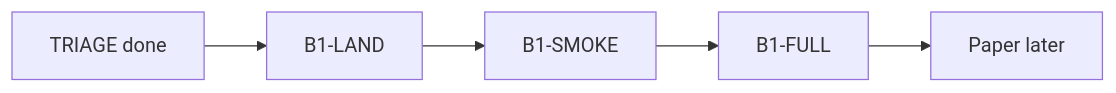
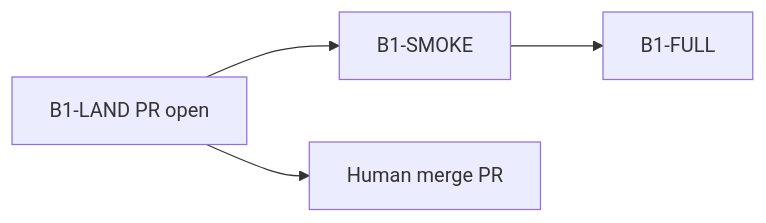
Before and after one commit to maraxen/prolix: the diagram in .praxia/docs/audits/260710_xtrax-rewire_next_steps.md, drawn with Mermaid. The commit also changed other lines of this file and 2 other files, not shown here.

First line of the commit message:
docs(praxia): B1-LAND complete — PR #2 opened

````diff
--- a/.praxia/docs/audits/260710_xtrax-rewire_next_steps.md
+++ b/.praxia/docs/audits/260710_xtrax-rewire_next_steps.md
@@ -22,12 +20,10 @@
 ```mermaid
 flowchart LR
-  triageDone[TRIAGE done]
-  land[B1-LAND]
+  landDone[B1-LAND PR open]
   smoke[B1-SMOKE]
   full[B1-FULL]
-  paper[Paper later]
-  triageDone --> land
-  land --> smoke
+  merge[Human merge PR]
+  landDone --> smoke
+  landDone --> merge
   smoke --> full
-  full --> paper
 ```
````
